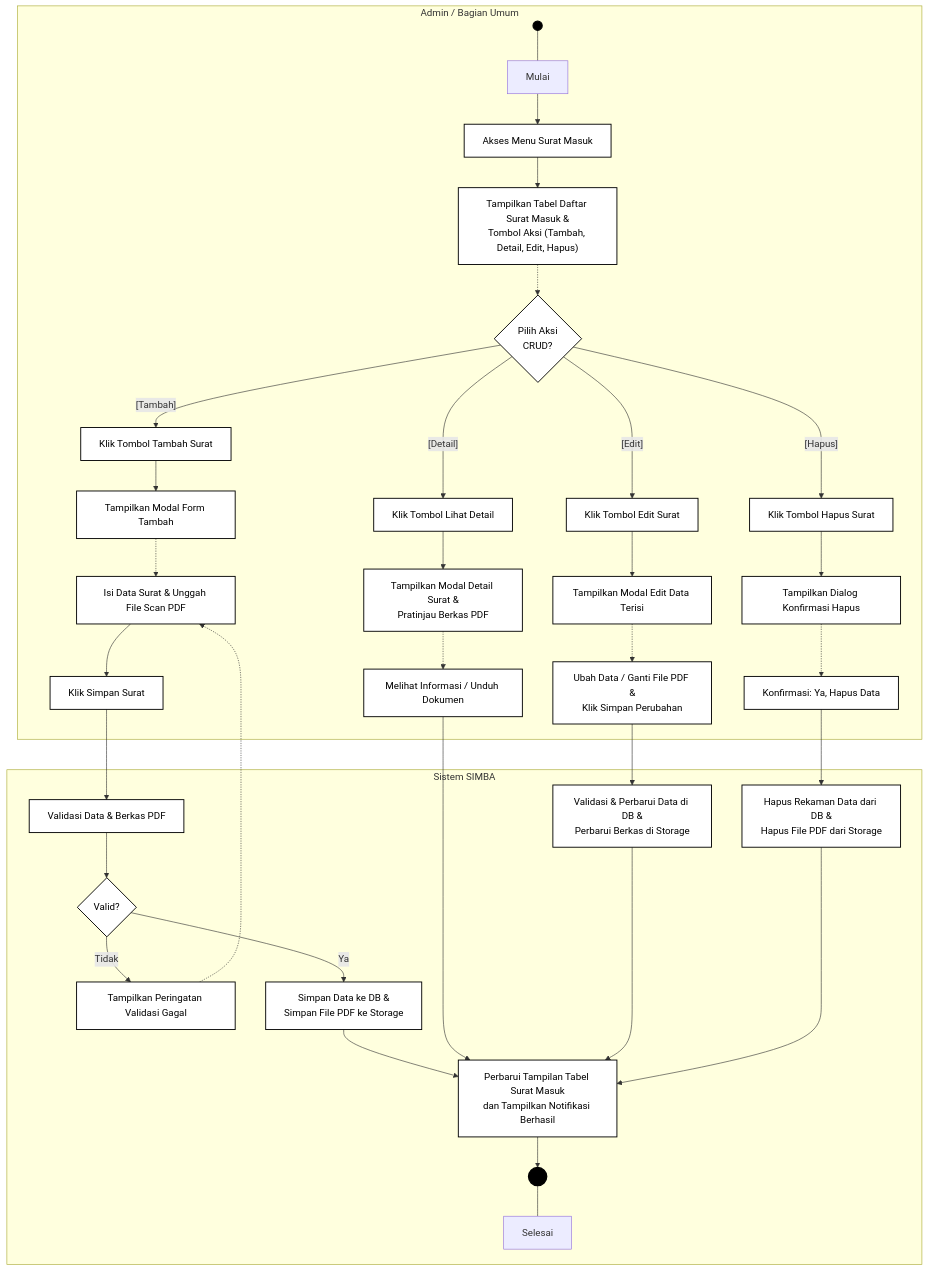
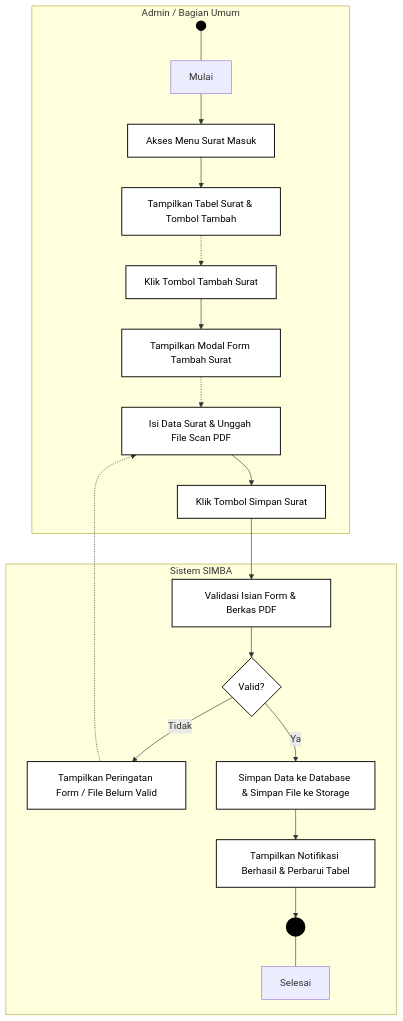
One commit to hilyaaulia14/SIMBA changed the second of 12 diagrams in diagram/activity_diagram_simba.md. Above: the diagram before and after it, drawn with Mermaid. The commit also changed other lines of this file and 3 other files, not shown here.

Commit message:
Menambahkan diagram yang diperlukan

````diff
--- a/diagram/activity_diagram_simba.md
+++ b/diagram/activity_diagram_simba.md
@@ -62,56 +76,29 @@
 ```mermaid
 flowchart TD
     classDef bw fill:#ffffff,stroke:#000000,stroke-width:1.5px,color:#000000;
     classDef startEnd fill:#000000,stroke:#000000,stroke-width:2px,color:#ffffff;
 
     subgraph ADMIN ["Admin / Bagian Umum"]
         S2(( )):::startEnd
         L2["Mulai"]
         S2 --- L2
         L2 --> B1["Akses Menu Surat Masuk"]:::bw
-        B2["Tampilkan Tabel Daftar Surat Masuk &\nTombol Aksi (Tambah, Detail, Edit, Hapus)"]:::bw -.-> D_CRUD1{"Pilih Aksi\nCRUD?"}:::bw
-
-        %% Cabang CREATE
-        D_CRUD1 -- "[Tambah]" --> C1["Klik Tombol Tambah Surat"]:::bw
-        C2["Tampilkan Modal Form Tambah"]:::bw -.-> C3["Isi Data Surat & Unggah File Scan PDF"]:::bw
-        C3 --> C4["Klik Simpan Surat"]:::bw
-
-        %% Cabang READ DETAIL
-        D_CRUD1 -- "[Detail]" --> R1["Klik Tombol Lihat Detail"]:::bw
-        R2["Tampilkan Modal Detail Surat &\nPratinjau Berkas PDF"]:::bw -.-> R3["Melihat Informasi / Unduh Dokumen"]:::bw
-
-        %% Cabang UPDATE
-        D_CRUD1 -- "[Edit]" --> U1["Klik Tombol Edit Surat"]:::bw
-        U2["Tampilkan Modal Edit Data Terisi"]:::bw -.-> U3["Ubah Data / Ganti File PDF &\nKlik Simpan Perubahan"]:::bw
-
-        %% Cabang DELETE
-        D_CRUD1 -- "[Hapus]" --> D1["Klik Tombol Hapus Surat"]:::bw
-        D2["Tampilkan Dialog Konfirmasi Hapus"]:::bw -.-> D3["Konfirmasi: Ya, Hapus Data"]:::bw
+        B2["Tampilkan Tabel Surat & Tombol Tambah"]:::bw -.-> B3["Klik Tombol Tambah Surat"]:::bw
+        B4["Tampilkan Modal Form Tambah Surat"]:::bw -.-> B5["Isi Data Surat & Unggah File Scan PDF"]:::bw
+        B5 --> B6["Klik Tombol Simpan Surat"]:::bw
     end
 
     subgraph SISTEM2 ["Sistem SIMBA"]
         B1 --> B2
-        C1 --> C2
-        C4 --> C5["Validasi Data & Berkas PDF"]:::bw
-        C5 --> D_VAL1{"Valid?"}:::bw
-        D_VAL1 -- "Tidak" --> C_ERR["Tampilkan Peringatan Validasi Gagal"]:::bw
-        C_ERR -.-> C3
-        D_VAL1 -- "Ya" --> C6["Simpan Data ke DB &\nSimpan File PDF ke Storage"]:::bw
-
-        R1 --> R2
-        U1 --> U2
-        U3 --> U4["Validasi & Perbarui Data di DB &\nPerbarui Berkas di Storage"]:::bw
-
-        D1 --> D2
-        D3 --> D4["Hapus Rekaman Data dari DB &\nHapus File PDF dari Storage"]:::bw
-
-        C6 --> MERGE1["Perbarui Tampilan Tabel Surat Masuk\ndan Tampilkan Notifikasi Berhasil"]:::bw
-        R3 --> MERGE1
-        U4 --> MERGE1
-        D4 --> MERGE1
-
-        MERGE1 --> E3((( ))):::startEnd
+        B3 --> B4
+        B6 --> B7["Validasi Isian Form & Berkas PDF"]:::bw
+        B7 --> D3{"Valid?"}:::bw
+        D3 -- "Tidak" --> B_ERR["Tampilkan Peringatan Form / File Belum Valid"]:::bw
+        B_ERR -.-> B5
+        D3 -- "Ya" --> B8["Simpan Data ke Database & Simpan File ke Storage"]:::bw
+        B8 --> B9["Tampilkan Notifikasi Berhasil & Perbarui Tabel"]:::bw
+        B9 --> E3((( ))):::startEnd
         L_END3["Selesai"]
         E3 --- L_END3
     end
 ```
````
